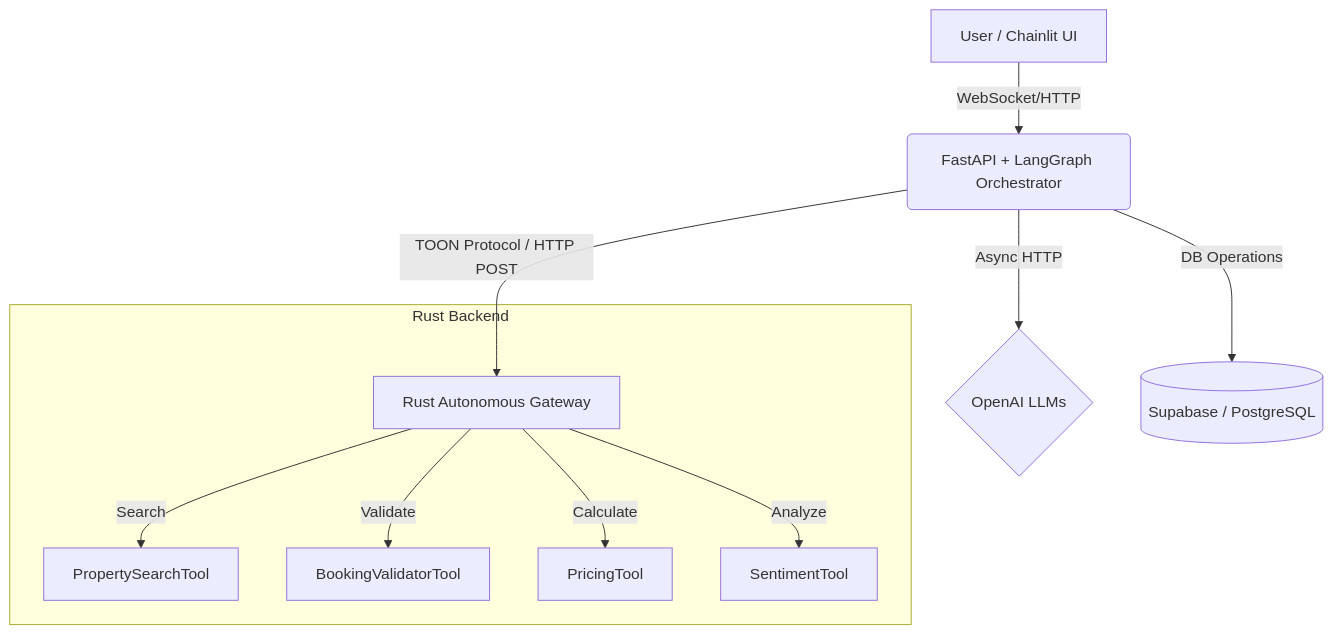
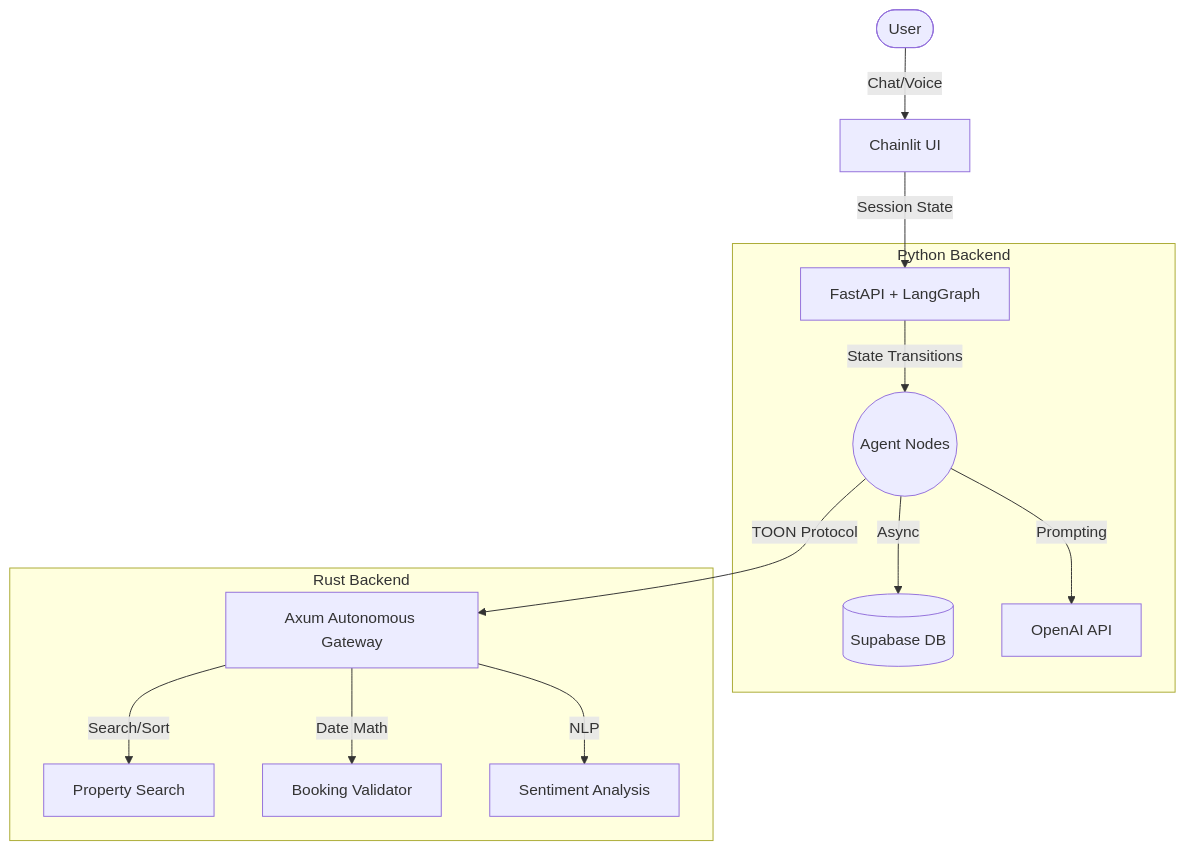
One commit to muhammadhasaan82/AI_Property_Booking_concierge changed the first of 2 diagrams in README.md. Above: the diagram before and after it, drawn with Mermaid. The commit also changed other lines of this file, not shown here.

Commit message:
docs: use Gemini 1.5 Pro version of the README.md with uv instructions and Mermaid maps

````diff
--- a/README.md
+++ b/README.md
@@ -37,14 +36,18 @@
 ```mermaid
 graph TD
-    A[User / Chainlit UI] -->|WebSocket/HTTP| B(FastAPI + LangGraph Orchestrator)
-    B -->|Async HTTP| C{OpenAI LLMs}
-    B -->|DB Operations| D[(Supabase / PostgreSQL)]
-    B -->|TOON Protocol / HTTP POST| E[Rust Autonomous Gateway]
+    User([User]) -->|Chat/Voice| UI[Chainlit UI]
+    UI -->|Session State| Python_Gateway[FastAPI + LangGraph]
+    
+    subgraph Python Backend
+        Python_Gateway -->|State Transitions| Agents((Agent Nodes))
+        Agents -->|Async| Supabase[(Supabase DB)]
+        Agents -->|Prompting| OpenAI[OpenAI API]
+    end
     
     subgraph Rust Backend
-        E -->|Search| F[PropertySearchTool]
-        E -->|Validate| G[BookingValidatorTool]
-        E -->|Calculate| H[PricingTool]
-        E -->|Analyze| I[SentimentTool]
+        Agents -->|TOON Protocol| Rust_Gateway[Axum Autonomous Gateway]
+        Rust_Gateway -->|Search/Sort| Tools_Search[Property Search]
+        Rust_Gateway -->|Date Math| Tools_Valid[Booking Validator]
+        Rust_Gateway -->|NLP| Tools_Sentiment[Sentiment Analysis]
     end
 ```
````
